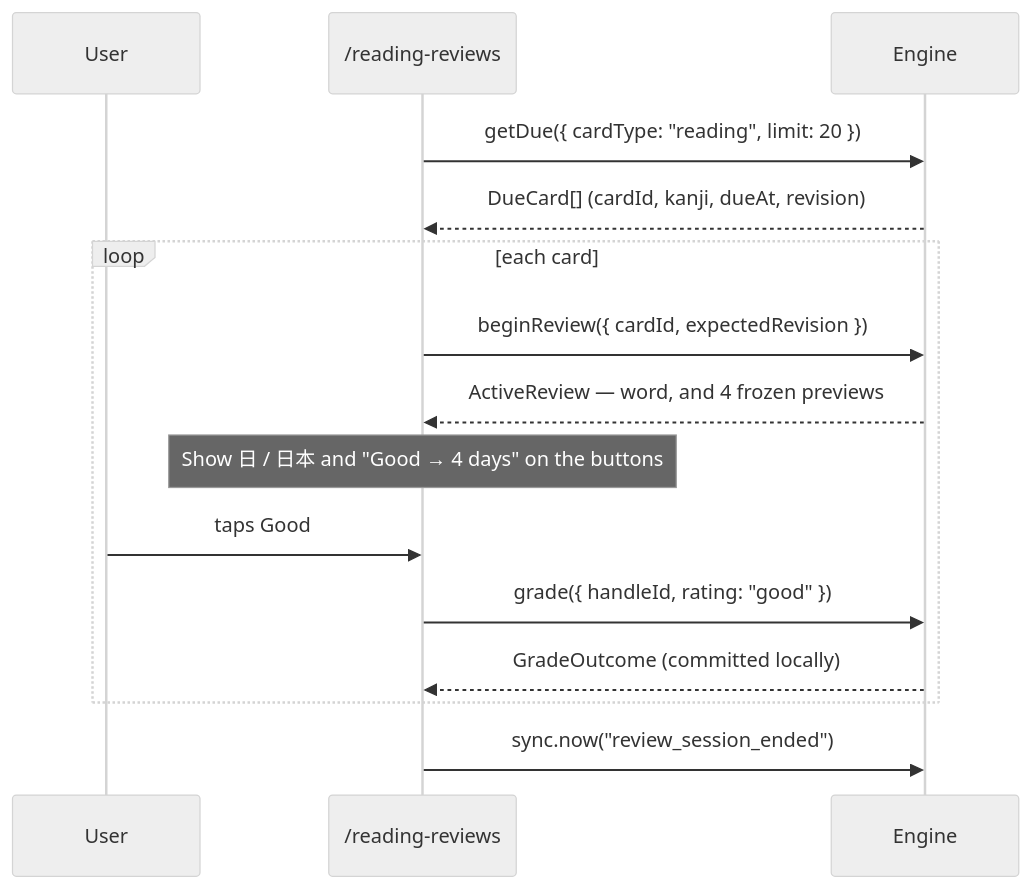
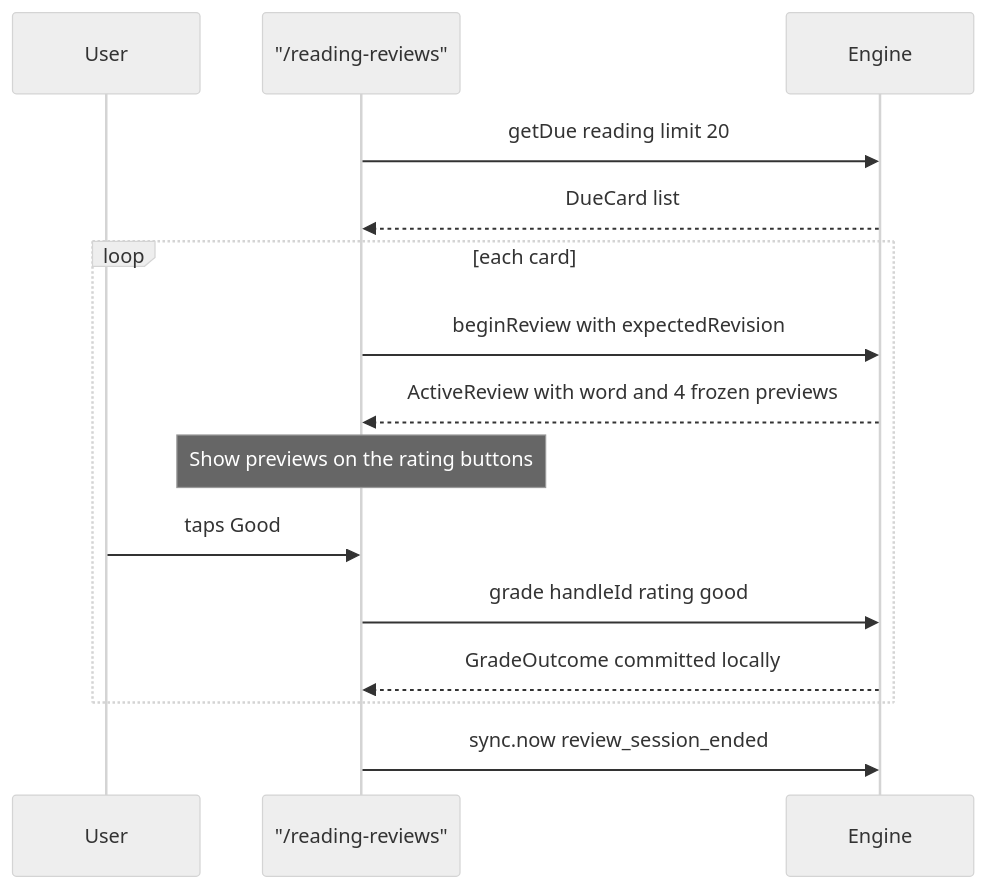
One commit to PikaPikaGems/kanji-heatmap changed the fourth of 12 diagrams in docs/notes/STUDY-ENGINE-BRAINSTORM/STUDY-ENGINE-DESIGN/SUMMARY.md. Above: the diagram before and after it, drawn with Mermaid (neutral theme). The commit also changed other lines of this file, not shown here.

First line of the commit message:
Fix Mermaid parse errors in StudyEngine SUMMARY diagrams

````diff
--- a/docs/notes/STUDY-ENGINE-BRAINSTORM/STUDY-ENGINE-DESIGN/SUMMARY.md
+++ b/docs/notes/STUDY-ENGINE-BRAINSTORM/STUDY-ENGINE-DESIGN/SUMMARY.md
@@ -296,17 +296,17 @@
 ```mermaid
 sequenceDiagram
     participant User
-    participant Route as /reading-reviews
+    participant Route as "/reading-reviews"
     participant Engine
-    Route->>Engine: getDue({ cardType: "reading", limit: 20 })
-    Engine-->>Route: DueCard[] (cardId, kanji, dueAt, revision)
+    Route->>Engine: getDue reading limit 20
+    Engine-->>Route: DueCard list
     loop each card
-        Route->>Engine: beginReview({ cardId, expectedRevision })
-        Engine-->>Route: ActiveReview — word, and 4 frozen previews
-        Note over Route: Show 日 / 日本 and "Good → 4 days" on the buttons
+        Route->>Engine: beginReview with expectedRevision
+        Engine-->>Route: ActiveReview with word and 4 frozen previews
+        Note over Route: Show previews on the rating buttons
         User->>Route: taps Good
-        Route->>Engine: grade({ handleId, rating: "good" })
-        Engine-->>Route: GradeOutcome (committed locally)
+        Route->>Engine: grade handleId rating good
+        Engine-->>Route: GradeOutcome committed locally
     end
-    Route->>Engine: sync.now("review_session_ended")
+    Route->>Engine: sync.now review_session_ended
 ```
````
